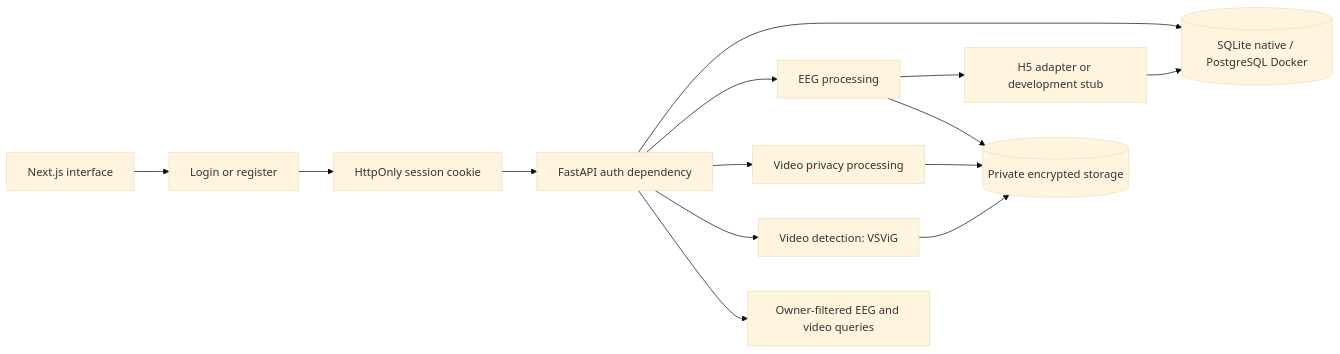
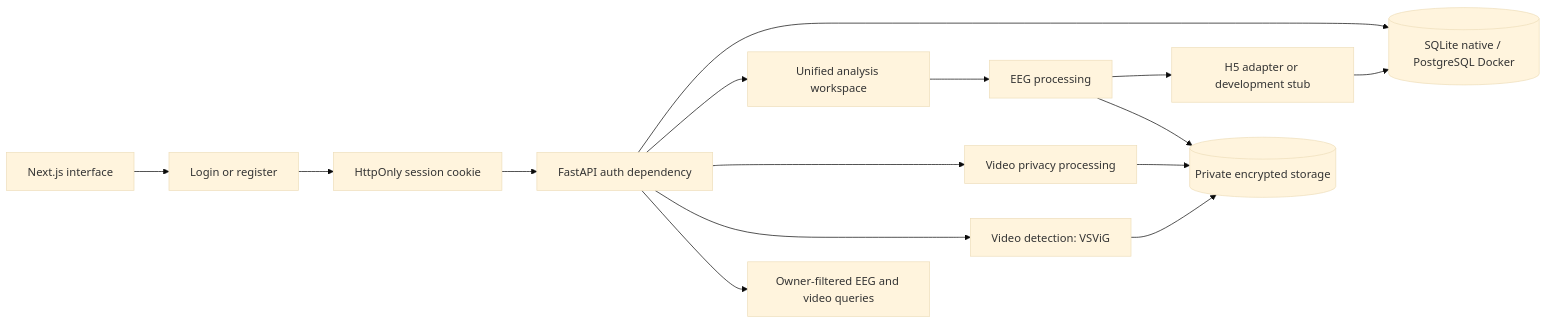
The diagram in README.md (4ffaad/FYP-MDS01), drawn with Mermaid (base theme) before and after one commit. The commit also changed other lines of this file and 83 other files, not shown here.

````diff
--- a/README.md
+++ b/README.md
@@ -69,16 +69,17 @@
 ```mermaid
 flowchart LR
     Browser[Next.js interface] --> Auth[Login or register]
     Auth --> Cookie[HttpOnly session cookie]
     Cookie --> API[FastAPI auth dependency]
     API --> DB[(SQLite native / PostgreSQL Docker)]
-    API --> EEG[EEG processing]
+    API --> Workspace[Unified analysis workspace]
+    Workspace --> EEG[EEG processing]
     API --> Video[Video privacy processing]
     API --> Detection[Video detection: VSViG]
     Detection --> Files
     EEG --> Model[H5 adapter or development stub]
     Model --> DB
     EEG --> Files[(Private encrypted storage)]
     Video --> Files
     API --> Owner[Owner-filtered EEG and video queries]
 ```
````
